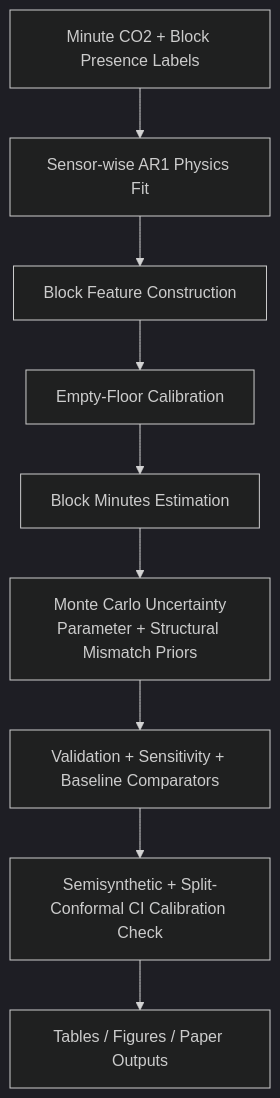
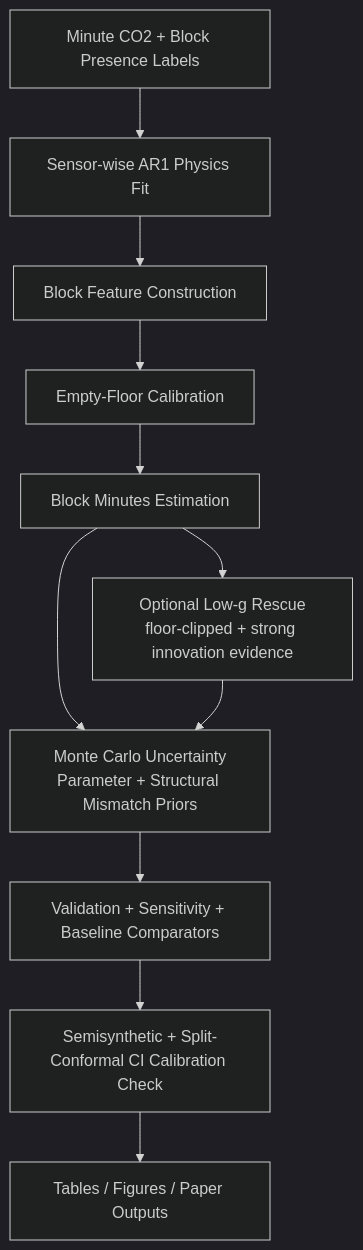
The first of 3 diagrams in README.md (vanamagautam24/co2-occupancy-duration-inference-paper), drawn with Mermaid (dark theme) before and after one commit. The commit also changed other lines of this file and 50 other files, not shown here.

Commit message:
Add optional innovation rescue experiment and regenerate stable paper outputs

````diff
--- a/README.md
+++ b/README.md
@@ -18,11 +18,13 @@
 ```mermaid
 flowchart TD
     A[Minute CO2 + Block Presence Labels] --> B[Sensor-wise AR1 Physics Fit]
     B --> C[Block Feature Construction]
     C --> D[Empty-Floor Calibration]
     D --> E[Block Minutes Estimation]
+    E --> R[Optional Low-g Rescue<br/>floor-clipped + strong innovation evidence]
     E --> F[Monte Carlo Uncertainty<br/>Parameter + Structural Mismatch Priors]
+    R --> F
     F --> G[Validation + Sensitivity + Baseline Comparators]
     G --> SC[Semisynthetic + Split-Conformal CI Calibration Check]
     SC --> H[Tables / Figures / Paper Outputs]
 ```
````
